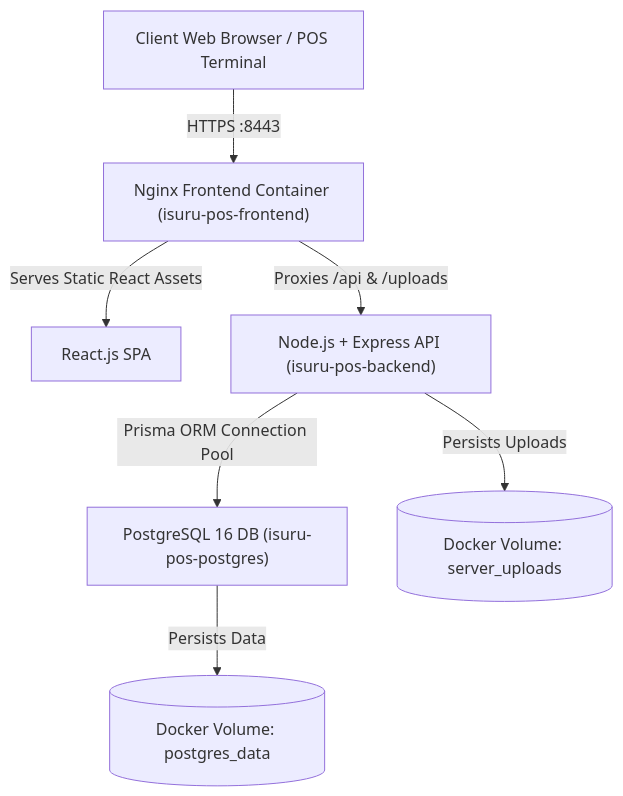
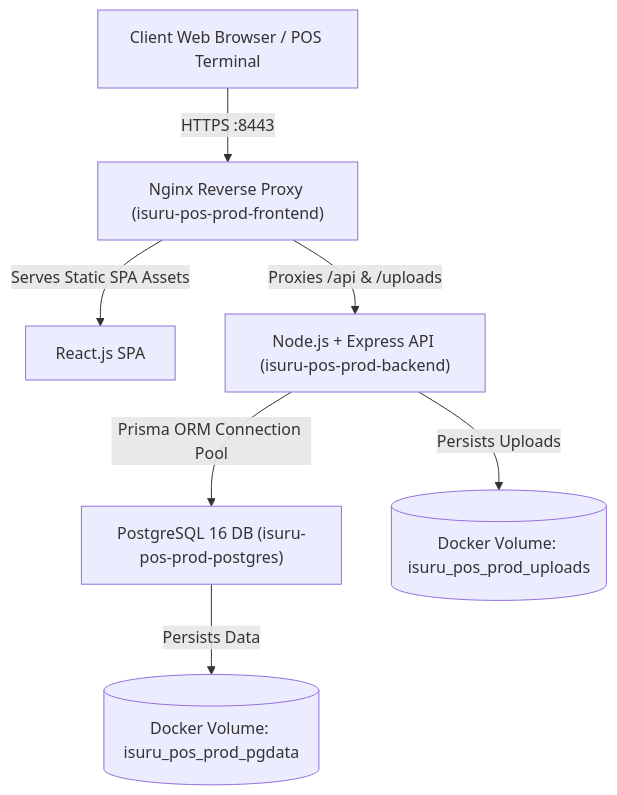
Before and after one commit to ravinduravisara/Isuru-Service-POS: the diagram in DEPLOYMENT.md, drawn with Mermaid. The commit also changed other lines of this file and 4 other files, not shown here.

Commit message:
build(docker): harden production compose stack, fix nginx healthcheck, and update operations runbook

````diff
--- a/DEPLOYMENT.md
+++ b/DEPLOYMENT.md
@@ -13,9 +13,9 @@
 ```mermaid
 graph TD
-    Client["Client Web Browser / POS Terminal"] -->|HTTPS :8443| NginxProxy["Nginx Frontend Container (isuru-pos-frontend)"]
-    NginxProxy -->|Serves Static React Assets| SPA["React.js SPA"]
-    NginxProxy -->|Proxies /api & /uploads| BackendAPI["Node.js + Express API (isuru-pos-backend)"]
-    BackendAPI -->|Prisma ORM Connection Pool| PostgresDB["PostgreSQL 16 DB (isuru-pos-postgres)"]
-    PostgresDB -->|Persists Data| PGVolume[("Docker Volume: postgres_data")]
-    BackendAPI -->|Persists Uploads| UploadVolume[("Docker Volume: server_uploads")]
+    Client["Client Web Browser / POS Terminal"] -->|HTTPS :8443| NginxProxy["Nginx Reverse Proxy (isuru-pos-prod-frontend)"]
+    NginxProxy -->|Serves Static SPA Assets| SPA["React.js SPA"]
+    NginxProxy -->|Proxies /api & /uploads| BackendAPI["Node.js + Express API (isuru-pos-prod-backend)"]
+    BackendAPI -->|Prisma ORM Connection Pool| PostgresDB["PostgreSQL 16 DB (isuru-pos-prod-postgres)"]
+    PostgresDB -->|Persists Data| PGVolume[("Docker Volume: isuru_pos_prod_pgdata")]
+    BackendAPI -->|Persists Uploads| UploadVolume[("Docker Volume: isuru_pos_prod_uploads")]
 ```
````
